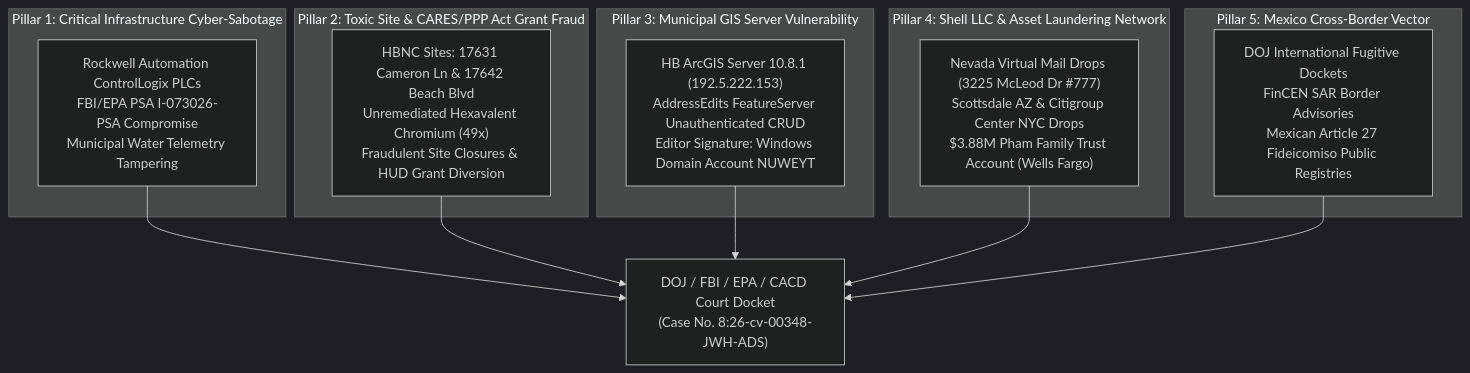
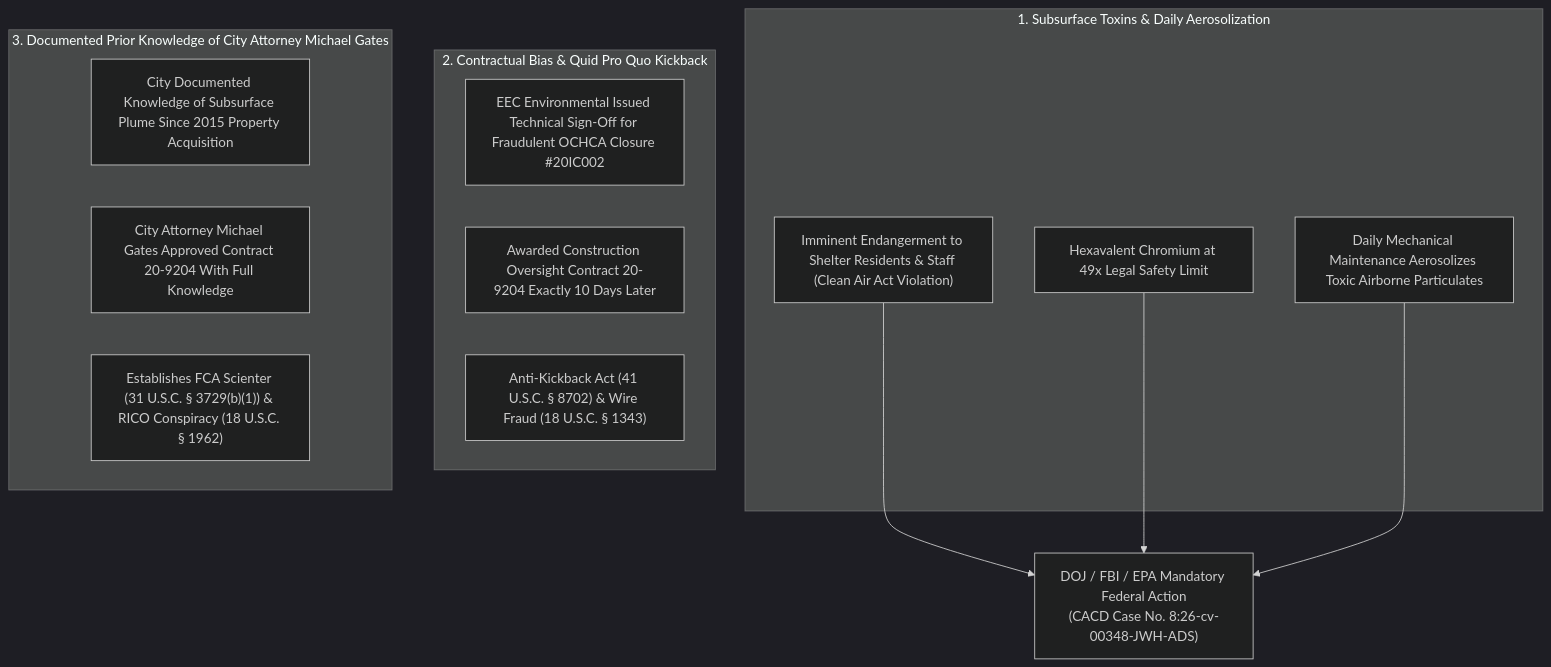
One commit to Tonypost949/OsintNeoAi changed the diagram in FEDERAL_SUBMISSION/FORMAL_CRIMINAL_REFERRAL_DEAR_AGENCIES_2026.md. Above: the diagram before and after it, drawn with Mermaid (dark theme). The commit also changed other lines of this file, not shown here.

Commit message:
Makaveli Protocol: Add Original 2022 Whistleblower Signature Block & Formal Demand for Immediate Federal Investigation by Anthony Michael DiMarcello

````diff
--- a/FEDERAL_SUBMISSION/FORMAL_CRIMINAL_REFERRAL_DEAR_AGENCIES_2026.md
+++ b/FEDERAL_SUBMISSION/FORMAL_CRIMINAL_REFERRAL_DEAR_AGENCIES_2026.md
@@ -29,28 +29,24 @@
 ```mermaid
 graph TD
-    subgraph PILLAR_1["Pillar 1: Critical Infrastructure Cyber-Sabotage"]
-        P1["Rockwell Automation ControlLogix PLCs<br>FBI/EPA PSA I-073026-PSA Compromise<br>Municipal Water Telemetry Tampering"]
+    subgraph PILLAR_1["1. Subsurface Toxins & Daily Aerosolization"]
+        P1["Hexavalent Chromium at 49x Legal Safety Limit"]
+        P2["Daily Mechanical Maintenance Aerosolizes Toxic Airborne Particulates"]
+        P3["Imminent Endangerment to Shelter Residents & Staff (Clean Air Act Violation)"]
     end
 
-    subgraph PILLAR_2["Pillar 2: Toxic Site & CARES/PPP Act Grant Fraud"]
-        P2["HBNC Sites: 17631 Cameron Ln & 17642 Beach Blvd<br>Unremediated Hexavalent Chromium (49x)<br>Fraudulent Site Closures & HUD Grant Diversion"]
+    subgraph PILLAR_2["2. Contractual Bias & Quid Pro Quo Kickback"]
+        K1["EEC Environmental Issued Technical Sign-Off for Fraudulent OCHCA Closure #20IC002"]
+        K2["Awarded Construction Oversight Contract 20-9204 Exactly 10 Days Later"]
+        K3["Anti-Kickback Act (41 U.S.C. § 8702) & Wire Fraud (18 U.S.C. § 1343)"]
     end
 
-    subgraph PILLAR_3["Pillar 3: Municipal GIS Server Vulnerability"]
-        P3["HB ArcGIS Server 10.8.1 (192.5.222.153)<br>AddressEdits FeatureServer Unauthenticated CRUD<br>Editor Signature: Windows Domain Account NUWEYT"]
+    subgraph PILLAR_3["3. Documented Prior Knowledge of City Attorney Michael Gates"]
+        M1["City Documented Knowledge of Subsurface Plume Since 2015 Property Acquisition"]
+        M2["City Attorney Michael Gates Approved Contract 20-9204 With Full Knowledge"]
+        M3["Establishes FCA Scienter (31 U.S.C. § 3729(b)(1)) & RICO Conspiracy (18 U.S.C. § 1962)"]
     end
 
-    subgraph PILLAR_4["Pillar 4: Shell LLC & Asset Laundering Network"]
-        P4["Nevada Virtual Mail Drops (3225 McLeod Dr #777)<br>Scottsdale AZ & Citigroup Center NYC Drops<br>$3.88M Pham Family Trust Account (Wells Fargo)"]
-    end
-
-    subgraph PILLAR_5["Pillar 5: Mexico Cross-Border Vector"]
-        P5["DOJ International Fugitive Dockets<br>FinCEN SAR Border Advisories<br>Mexican Article 27 Fideicomiso Public Registries"]
-    end
-
-    P1 --> DOJ_SUBMISSION["DOJ / FBI / EPA / CACD Court Docket<br>(Case No. 8:26-cv-00348-JWH-ADS)"]
-    P2 --> DOJ_SUBMISSION
-    P3 --> DOJ_SUBMISSION
-    P4 --> DOJ_SUBMISSION
-    P5 --> DOJ_SUBMISSION
+    P3 --> MANDATORY_PROSECUTION["DOJ / FBI / EPA Mandatory Federal Action<br>(CACD Case No. 8:26-cv-00348-JWH-ADS)"]
+    P1 --> MANDATORY_PROSECUTION
+    P2 --> MANDATORY_PROSECUTION
 ```
````
